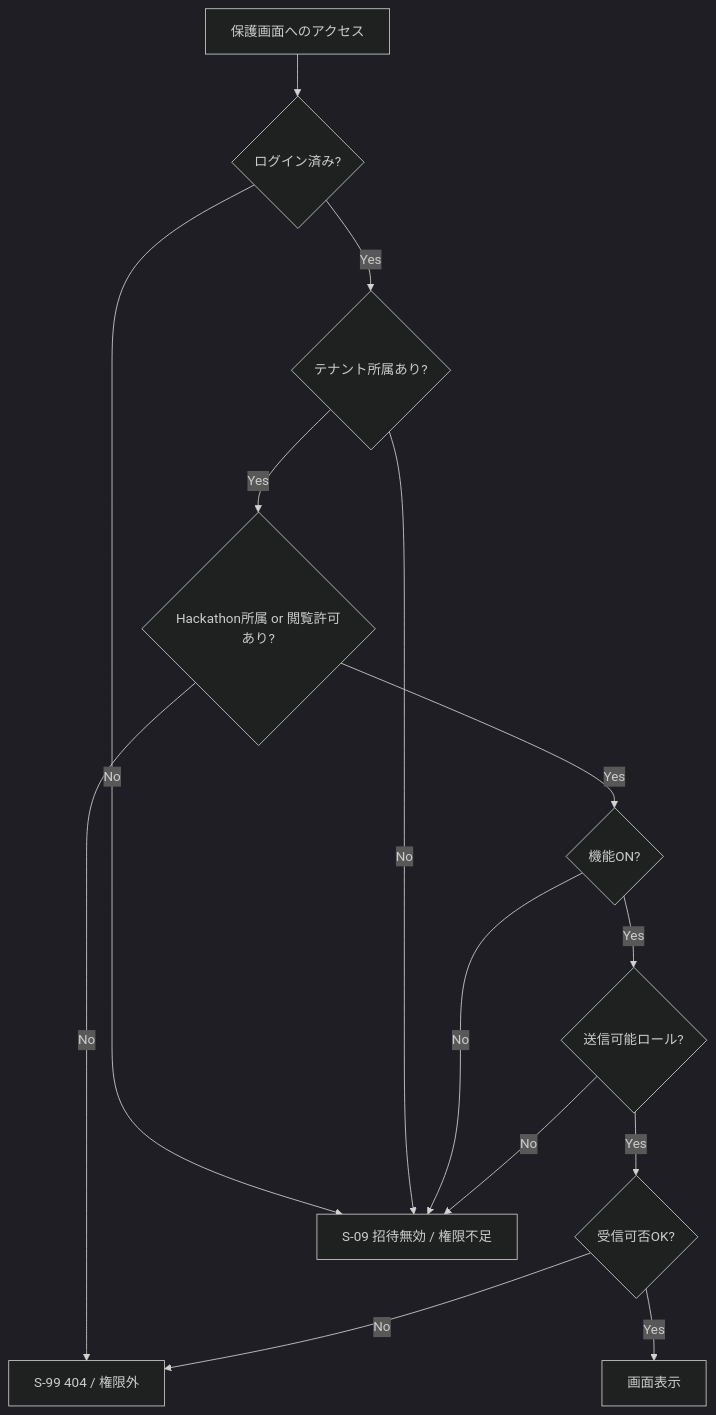
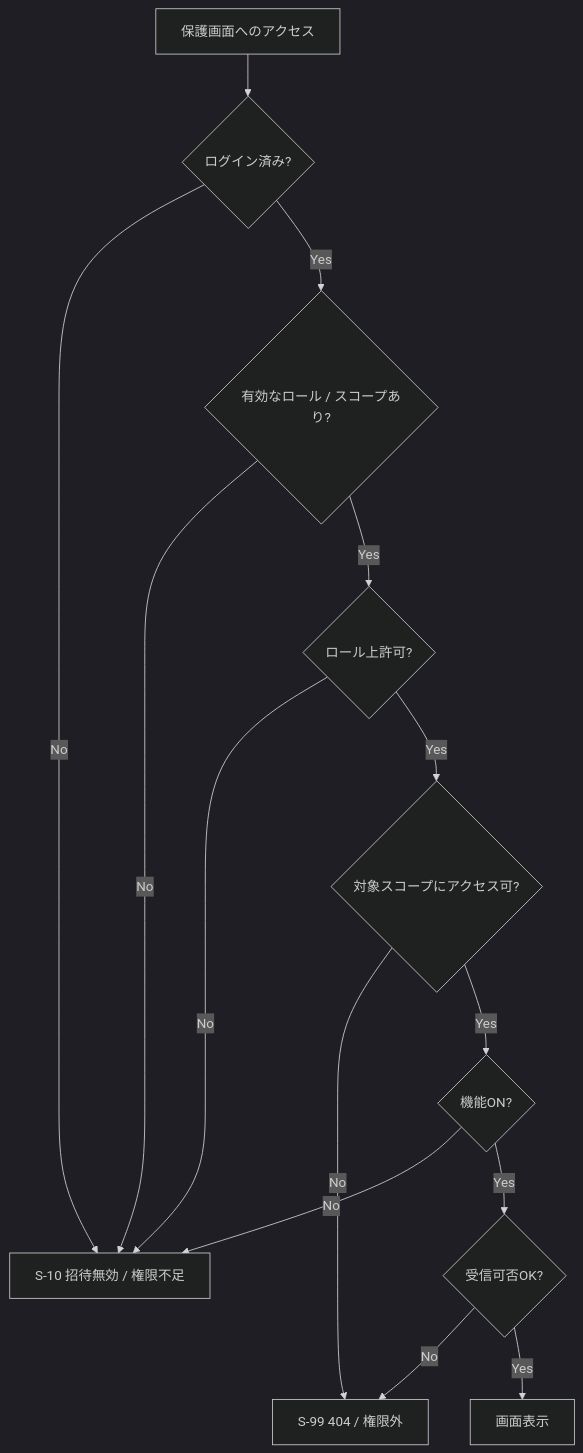
Before and after one commit to Asheze1127/hack-evaluater: the tenth of 15 diagrams in docs/details/03_screen-flow_md.md, drawn with Mermaid (dark theme). The commit also changed other lines of this file and 2 other files, not shown here.

````diff
--- a/docs/details/03_screen-flow_md.md
+++ b/docs/details/03_screen-flow_md.md
@@ -297,27 +363,27 @@
 ```mermaid
 flowchart TD
     REQ[保護画面へのアクセス]
     AUTH{ログイン済み?}
-    TENANT{テナント所属あり?}
-    HACK{Hackathon所属 or 閲覧許可あり?}
+    CONTEXT{有効なロール / スコープあり?}
+    RBAC{ロール上許可?}
+    SCOPE{対象スコープにアクセス可?}
     FEATURE{機能ON?}
-    ROLE{送信可能ロール?}
     OPTIN{受信可否OK?}
     ALLOW[画面表示]
-    DENIED[S-09 招待無効 / 権限不足]
+    DENIED[S-10 招待無効 / 権限不足]
     NOTFOUND[S-99 404 / 権限外]
 
     REQ --> AUTH
     AUTH -->|No| DENIED
-    AUTH -->|Yes| TENANT
-    TENANT -->|No| DENIED
-    TENANT -->|Yes| HACK
-    HACK -->|No| NOTFOUND
-    HACK -->|Yes| FEATURE
+    AUTH -->|Yes| CONTEXT
+    CONTEXT -->|No| DENIED
+    CONTEXT -->|Yes| RBAC
+    RBAC -->|No| DENIED
+    RBAC -->|Yes| SCOPE
+    SCOPE -->|No| NOTFOUND
+    SCOPE -->|Yes| FEATURE
     FEATURE -->|No| DENIED
-    FEATURE -->|Yes| ROLE
-    ROLE -->|No| DENIED
-    ROLE -->|Yes| OPTIN
+    FEATURE -->|Yes| OPTIN
     OPTIN -->|No| NOTFOUND
     OPTIN -->|Yes| ALLOW
 ```
````
